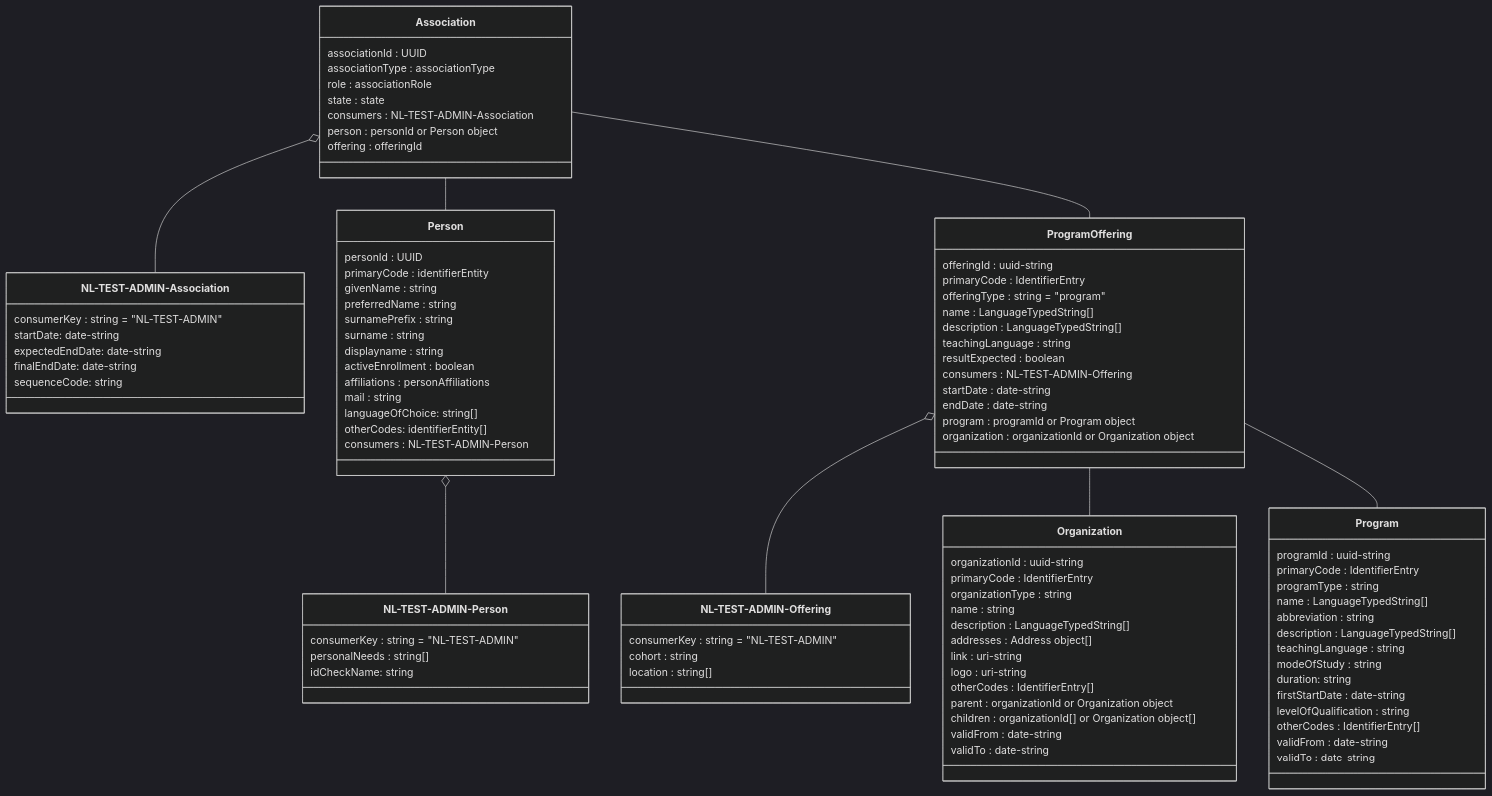
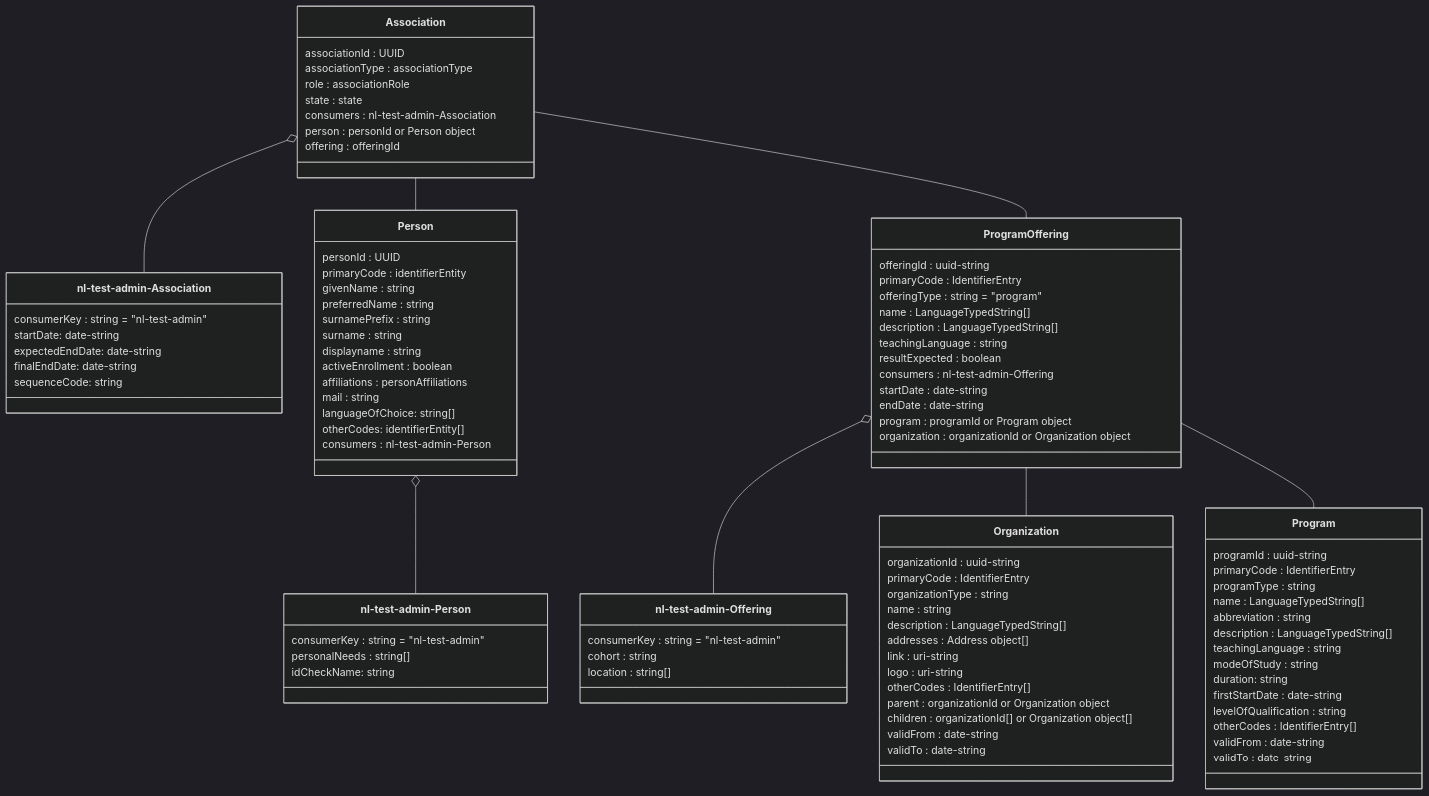
Diagram 14 of 14 in doc/flow1.md (NetwerkExamineringDigitalisering/NED-OOAPI), drawn with Mermaid (dark theme) before and after one commit. The commit also changed other lines of this file and 26 other files, not shown here.

````diff
--- a/doc/flow1.md
+++ b/doc/flow1.md
@@ -751,12 +751,12 @@
 		associationType : associationType
 		role : associationRole
 		state : state
-		consumers : NL-TEST-ADMIN-Association
+		consumers : nl-test-admin-Association
 		person : personId or Person object
 		offering : offeringId
     }
-    class `NL-TEST-ADMIN-Association` {
-    	consumerKey : string = "NL-TEST-ADMIN"
+    class `nl-test-admin-Association` {
+    	consumerKey : string = "nl-test-admin"
         startDate: date-string 
         expectedEndDate: date-string
         finalEndDate: date-string
@@ -775,10 +775,10 @@
 		mail : string
 		languageOfChoice: string[]
 		otherCodes: identifierEntity[]
-		consumers : NL-TEST-ADMIN-Person
+		consumers : nl-test-admin-Person
     }
-	class `NL-TEST-ADMIN-Person` {
-    	consumerKey : string = "NL-TEST-ADMIN"
+	class `nl-test-admin-Person` {
+    	consumerKey : string = "nl-test-admin"
 	    personalNeeds : string[]
         idCheckName: string
     }
@@ -790,14 +790,14 @@
         description : LanguageTypedString[]
         teachingLanguage : string
         resultExpected : boolean
-        consumers : NL-TEST-ADMIN-Offering
+        consumers : nl-test-admin-Offering
         startDate : date-string
         endDate : date-string
         program : programId or Program object
         organization : organizationId or Organization object
     }
-    class `NL-TEST-ADMIN-Offering` {
-        consumerKey : string = "NL-TEST-ADMIN"
+    class `nl-test-admin-Offering` {
+        consumerKey : string = "nl-test-admin"
 		cohort : string
 		location : string[]
     }
@@ -832,11 +832,11 @@
 		validFrom : date-string
 		validTo : date-string
     }
-    ProgramOffering o-- `NL-TEST-ADMIN-Offering`
+    ProgramOffering o-- `nl-test-admin-Offering`
     ProgramOffering -- Organization 
     ProgramOffering -- Program 
-    Association o-- `NL-TEST-ADMIN-Association`
+    Association o-- `nl-test-admin-Association`
     Association -- Person
     Association -- ProgramOffering
-	Person o-- `NL-TEST-ADMIN-Person`
+	Person o-- `nl-test-admin-Person`
 ```
````
